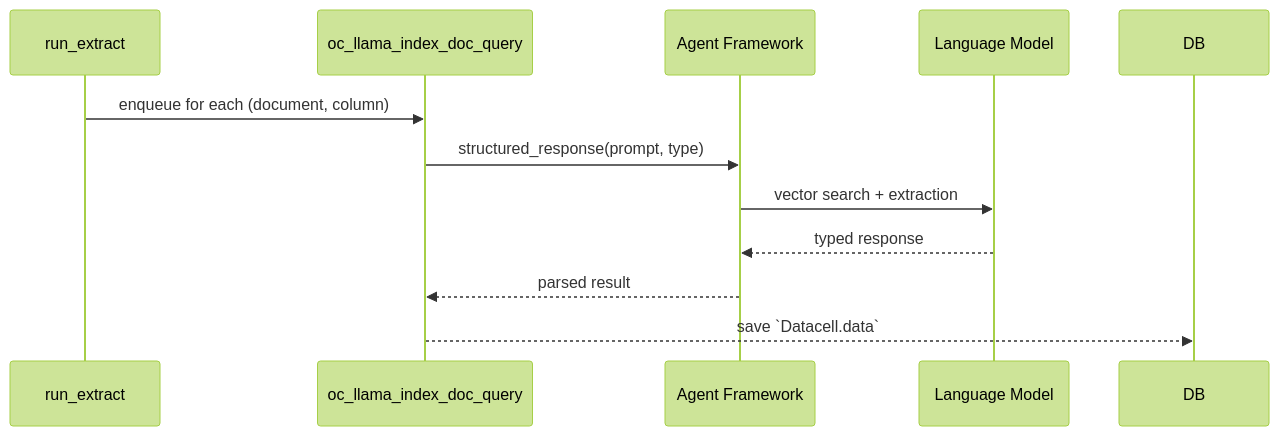
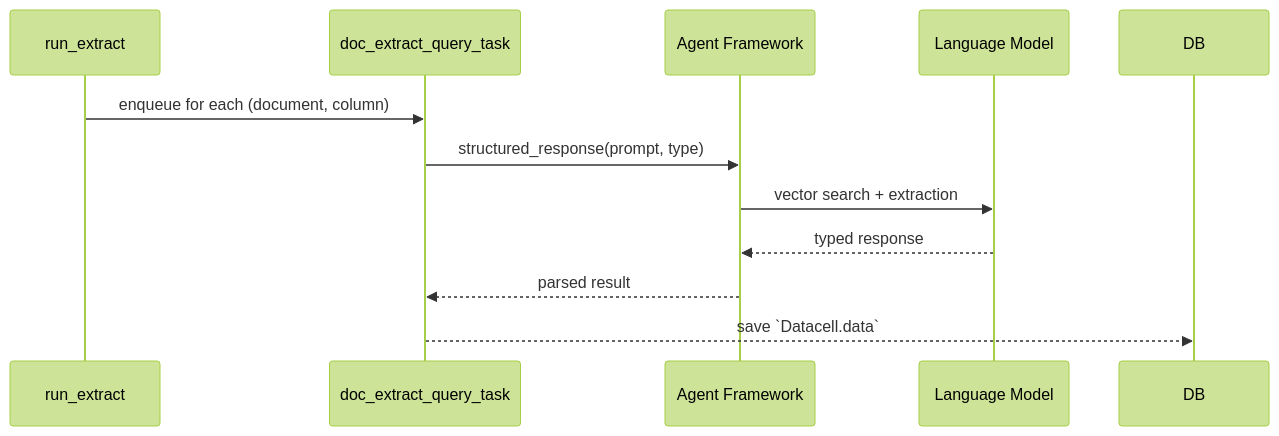
Before and after one commit to JSv4/OpenContracts: the diagram in docs/extract_and_retrieval/document_data_extract.md, drawn with Mermaid (forest theme). The commit also changed other lines of this file and 25 other files, not shown here.

Commit message:
Ripped out data extract task and replaced with new doc-agent based approach. Made some initial efforts to let that agent operate without a corpus. Replaced old, disabled tests with new tests. Rewrote async task decorator.

````diff
--- a/docs/extract_and_retrieval/document_data_extract.md
+++ b/docs/extract_and_retrieval/document_data_extract.md
@@ -70,13 +70,13 @@
 ```mermaid
 sequenceDiagram
     participant R as run_extract
-    participant Q as oc_llama_index_doc_query
+    participant Q as doc_extract_query_task
     participant A as Agent Framework
     participant LLM as Language Model
     R->>Q: enqueue for each (document, column)
     Q->>A: structured_response(prompt, type)
     A->>LLM: vector search + extraction
     LLM-->>A: typed response
     A-->>Q: parsed result
     Q-->>DB: save `Datacell.data`
 ```
````
